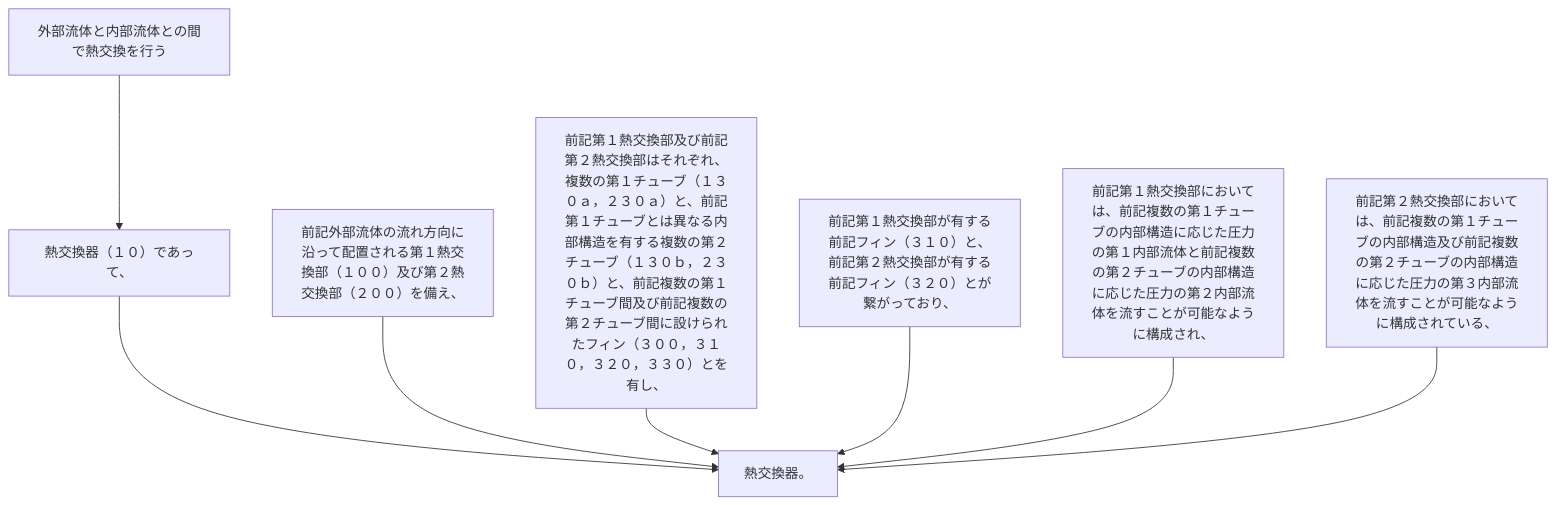
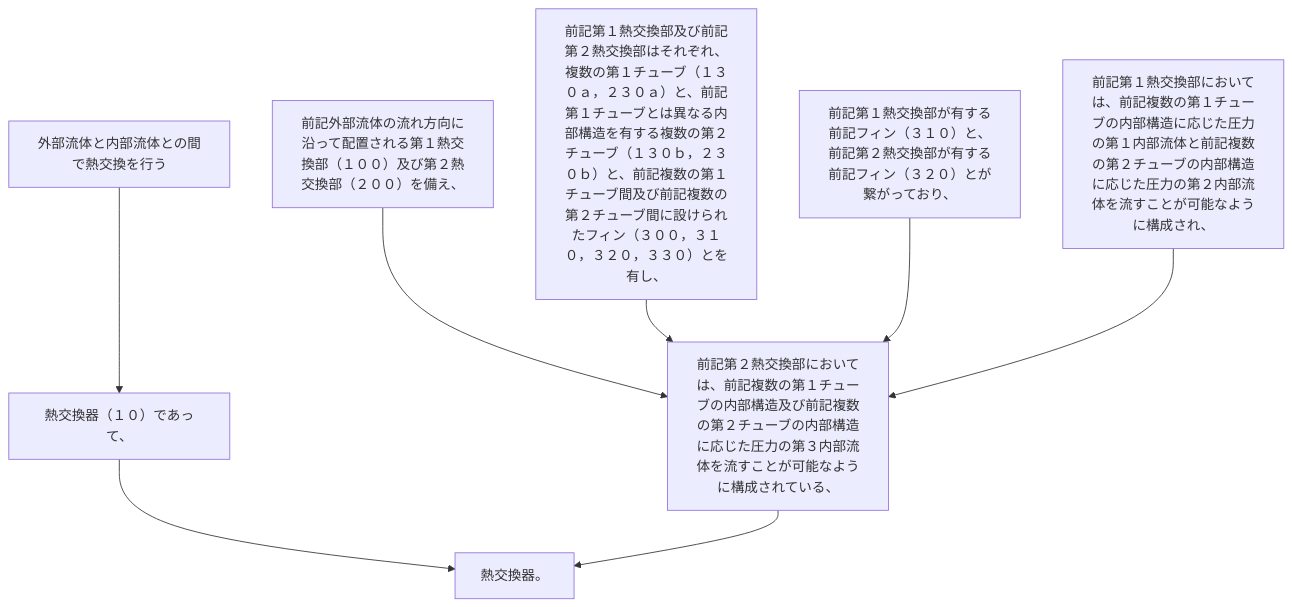
Before and after one commit to shinmori55/patent_analyzed: the diagram in 2024/JP2024007944A/claim_1/README.md, drawn with Mermaid. The commit also changed 11 other files, not shown here.

````diff
--- a/2024/JP2024007944A/claim_1/README.md
+++ b/2024/JP2024007944A/claim_1/README.md
@@ -7,19 +7,18 @@
 ```mermaid
 flowchart TD
 A[外部流体と内部流体との間で熱交換を行う]
 B[熱交換器（１０）であって、]
 C[前記外部流体の流れ方向に沿って配置される第１熱交換部（１００）及び第２熱交換部（２００）を備え、]
 D[前記第１熱交換部及び前記第２熱交換部はそれぞれ、複数の第１チューブ（１３０ａ，２３０ａ）と、前記第１チューブとは異なる内部構造を有する複数の第２チューブ（１３０ｂ，２３０ｂ）と、前記複数の第１チューブ間及び前記複数の第２チューブ間に設けられたフィン（３００，３１０，３２０，３３０）とを有し、]
 E[前記第１熱交換部が有する前記フィン（３１０）と、前記第２熱交換部が有する前記フィン（３２０）とが繋がっており、]
 F[前記第１熱交換部においては、前記複数の第１チューブの内部構造に応じた圧力の第１内部流体と前記複数の第２チューブの内部構造に応じた圧力の第２内部流体を流すことが可能なように構成され、]
 G[前記第２熱交換部においては、前記複数の第１チューブの内部構造及び前記複数の第２チューブの内部構造に応じた圧力の第３内部流体を流すことが可能なように構成されている、]
 H[熱交換器。]
-
 A --> B
 B --> H
-C --> H
-D --> H
-E --> H
-F --> H
+C --> G
+D --> G
+E --> G
+F --> G
 G --> H
 ```
````
